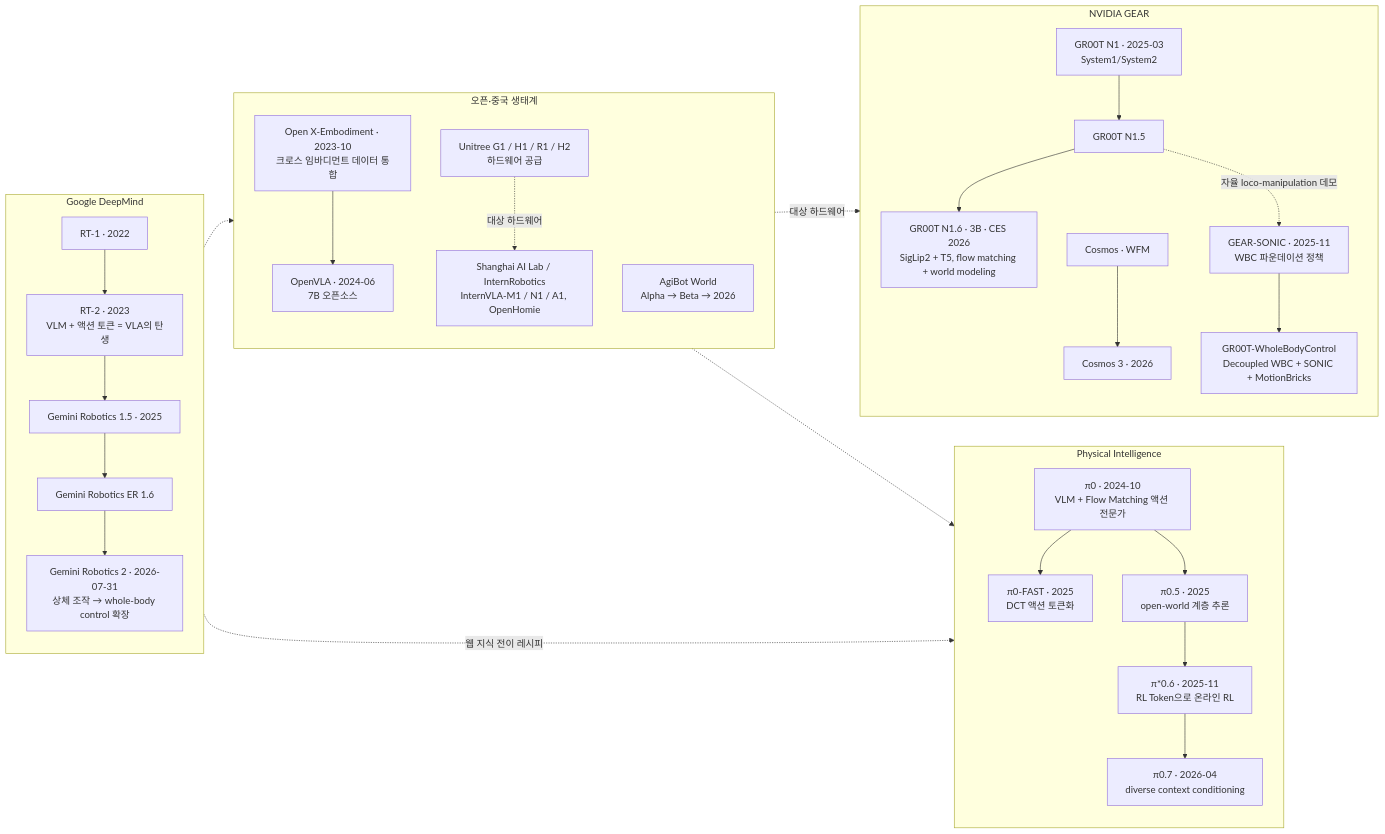
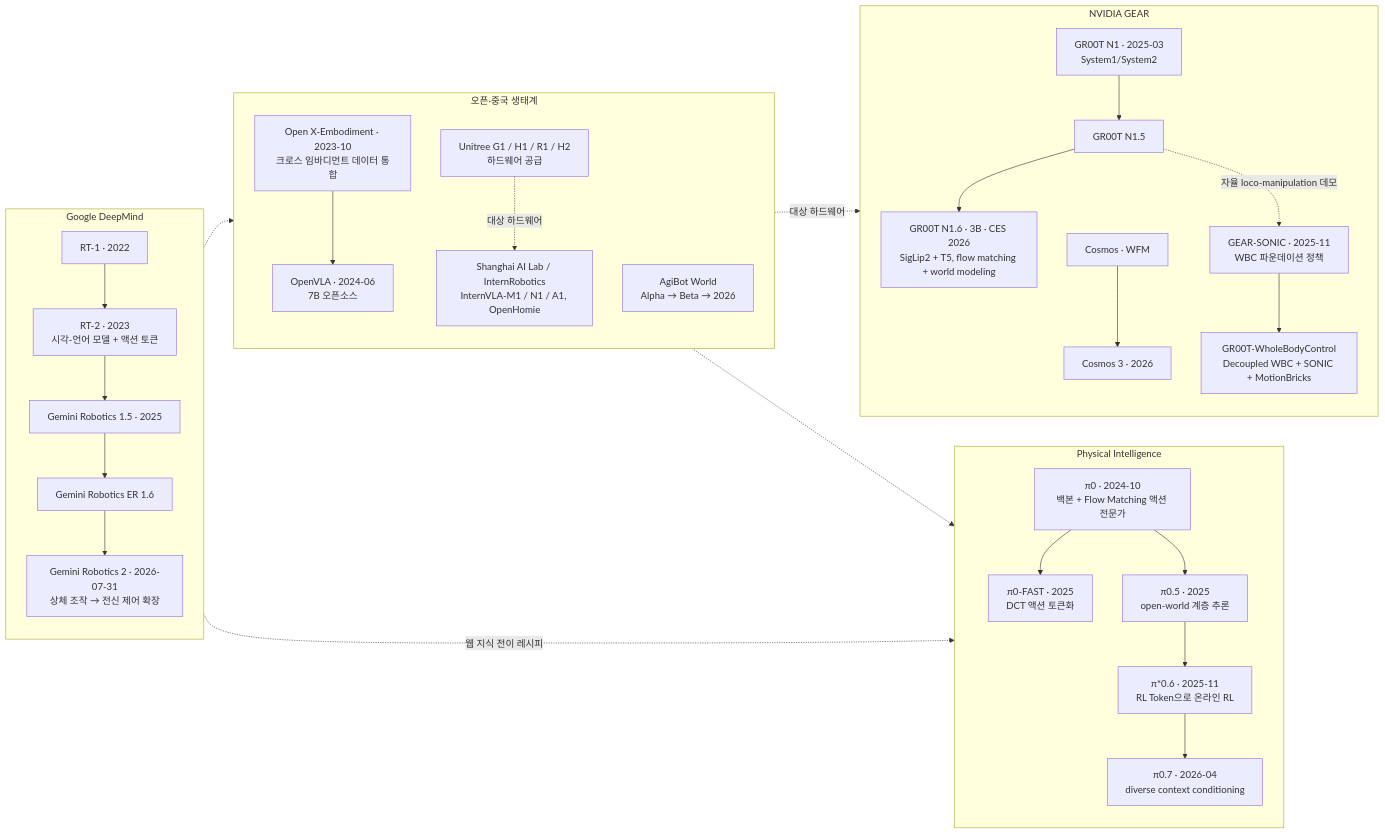
Before and after one commit to sguys99/physical-ai-study: the fourth of 6 diagrams in course/w1-generative-core/01-physical-ai-landscape/lesson.md, drawn with Mermaid. The commit also changed other lines of this file and 9 other files, not shown here.

````diff
--- a/course/w1-generative-core/01-physical-ai-landscape/lesson.md
+++ b/course/w1-generative-core/01-physical-ai-landscape/lesson.md
@@ -523,41 +484,41 @@
 ```mermaid
 flowchart LR
     subgraph GDM["Google DeepMind"]
         direction TB
-        A1["RT-1 · 2022"] --> A2["RT-2 · 2023<br/>VLM + 액션 토큰 = VLA의 탄생"]
+        A1["RT-1 · 2022"] --> A2["RT-2 · 2023<br/>시각-언어 모델 + 액션 토큰"]
         A2 --> A3["Gemini Robotics 1.5 · 2025"]
         A3 --> A4["Gemini Robotics ER 1.6"]
-        A4 --> A5["Gemini Robotics 2 · 2026-07-31<br/>상체 조작 → whole-body control 확장"]
+        A4 --> A5["Gemini Robotics 2 · 2026-07-31<br/>상체 조작 → 전신 제어 확장"]
     end
 
     subgraph PI["Physical Intelligence"]
         direction TB
-        B1["π0 · 2024-10<br/>VLM + Flow Matching 액션 전문가"] --> B2["π0-FAST · 2025<br/>DCT 액션 토큰화"]
+        B1["π0 · 2024-10<br/>백본 + Flow Matching 액션 전문가"] --> B2["π0-FAST · 2025<br/>DCT 액션 토큰화"]
         B1 --> B3["π0.5 · 2025<br/>open-world 계층 추론"]
         B3 --> B4["π*0.6 · 2025-11<br/>RL Token으로 온라인 RL"]
         B4 --> B5["π0.7 · 2026-04<br/>diverse context conditioning"]
     end
 
     subgraph NV["NVIDIA GEAR"]
         direction TB
         C1["GR00T N1 · 2025-03<br/>System1/System2"] --> C2["GR00T N1.5"]
         C2 --> C3["GR00T N1.6 · 3B · CES 2026<br/>SigLip2 + T5, flow matching + world modeling"]
         C4["Cosmos · WFM"] --> C5["Cosmos 3 · 2026"]
         C6["GEAR-SONIC · 2025-11<br/>WBC 파운데이션 정책"] --> C7["GR00T-WholeBodyControl<br/>Decoupled WBC + SONIC + MotionBricks"]
     end
 
     subgraph OPEN["오픈·중국 생태계"]
         direction TB
         D1["Open X-Embodiment · 2023-10<br/>크로스 임바디먼트 데이터 통합"] --> D2["OpenVLA · 2024-06<br/>7B 오픈소스"]
         D3["Shanghai AI Lab / InternRobotics<br/>InternVLA-M1 / N1 / A1, OpenHomie"]
         D4["AgiBot World<br/>Alpha → Beta → 2026"]
         D5["Unitree G1 / H1 / R1 / H2<br/>하드웨어 공급"]
     end
 
     A2 -. 웹 지식 전이 레시피 .-> B1
     A2 -.-> D2
     D1 -.-> B1
     C2 -. 자율 loco-manipulation 데모 .-> C6
     D5 -. 대상 하드웨어 .-> C6
     D5 -. 대상 하드웨어 .-> D3
 ```
````
